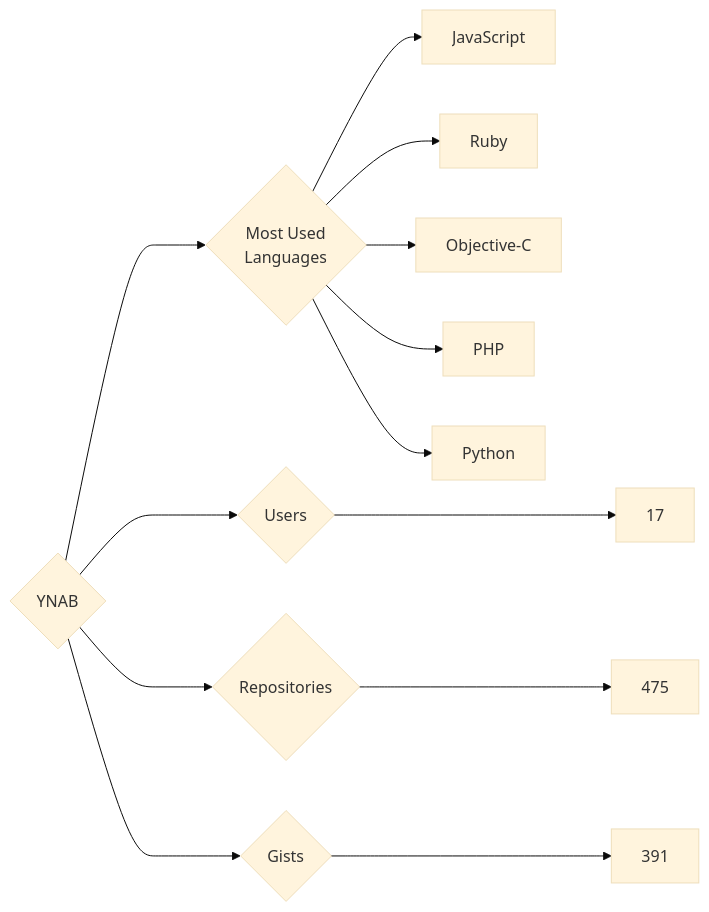
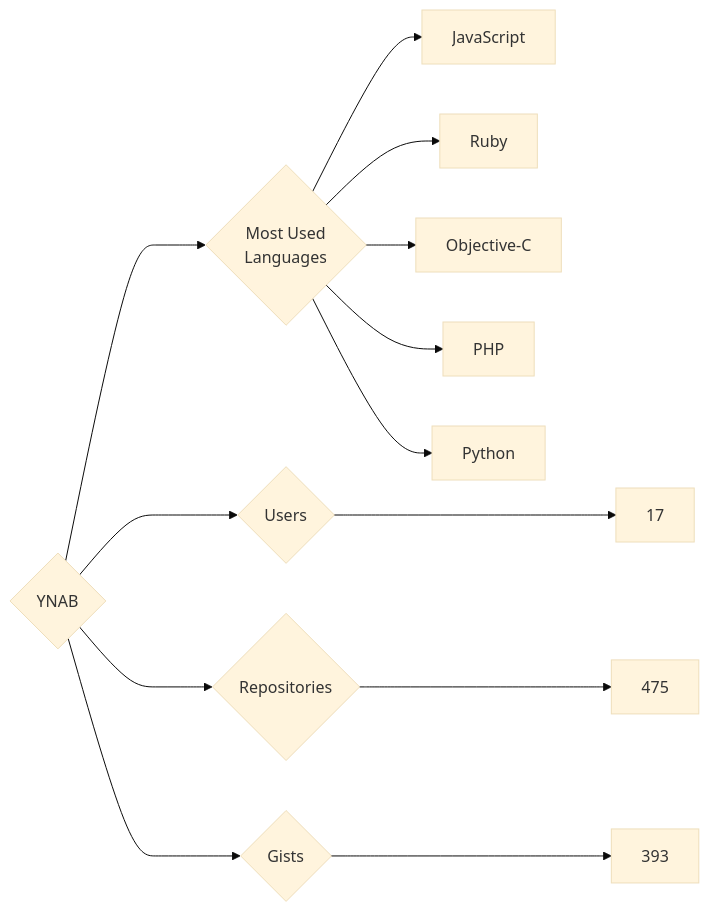
Before and after one commit to trickest/insiders: the diagram in targets/YNAB/README.md, drawn with Mermaid (base theme). The commit also changed 715 other files, not shown here.

````diff
--- a/targets/YNAB/README.md
+++ b/targets/YNAB/README.md
@@ -3,13 +3,13 @@
 ```mermaid
 graph LR
 COMPANY_NAME{YNAB}
 COMPANY_NAME ---> U{Users} ---> UN[17]
 COMPANY_NAME ---> R{Repositories} ---> RN[475]
-COMPANY_NAME ---> G{Gists} ---> GN[391]
+COMPANY_NAME ---> G{Gists} ---> GN[393]
 COMPANY_NAME ---> ML{Most Used<br>Languages}
 ML --> JavaScript[JavaScript]
 ML --> Ruby[Ruby]
 ML --> Objective-C[Objective-C]
 ML --> PHP[PHP]
 ML --> Python[Python]
 ```
````
